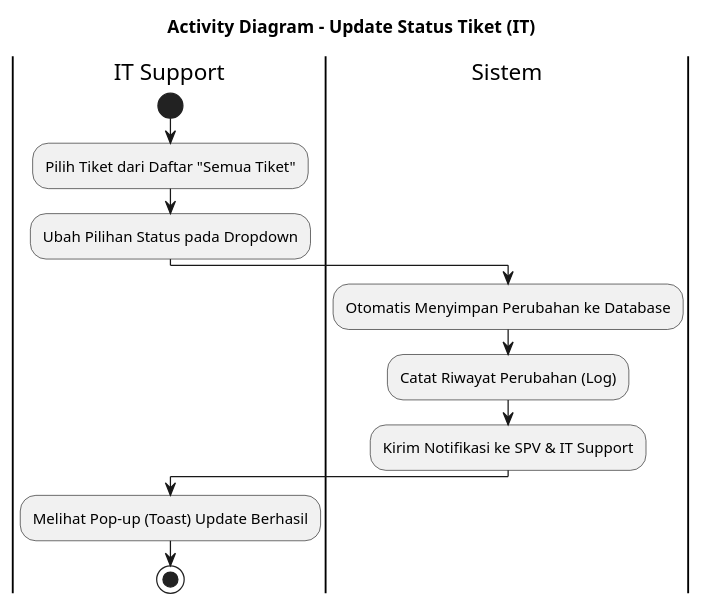
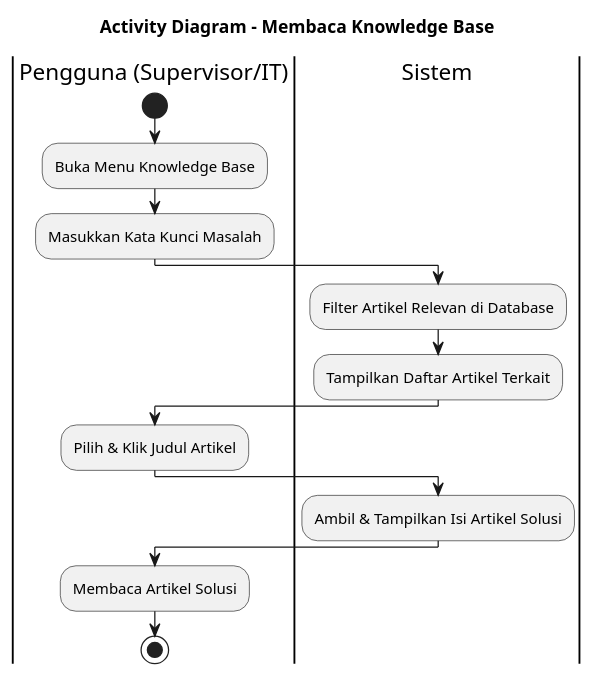
One commit to mrahmatfadila/bissmillah-skripsi-web changed the fifth of 14 diagrams in docs/activity-diagrams.puml. Above: the diagram before and after it, drawn with PlantUML. The commit also changed other lines of this file and 62 other files, not shown here.

Commit message:
Update database and seeds with real Terminal 2 & 3 supervisor data and sync other project files

```diff
--- a/docs/activity-diagrams.puml
+++ b/docs/activity-diagrams.puml
@@ -73,14 +83,17 @@
-@startuml activity_update_status
-title Activity Diagram - Update Status Tiket (IT)
-|IT Support|
+@startuml activity_membaca_kb
+title Activity Diagram - Membaca Knowledge Base
+|Pengguna (Supervisor/IT)|
 start
-:Pilih Tiket dari Daftar "Semua Tiket";
-:Ubah Pilihan Status pada Dropdown;
+:Buka Menu Knowledge Base;
+:Masukkan Kata Kunci Masalah;
 |Sistem|
-:Otomatis Menyimpan Perubahan ke Database;
-:Catat Riwayat Perubahan (Log);
-:Kirim Notifikasi ke SPV & IT Support;
-|IT Support|
-:Melihat Pop-up (Toast) Update Berhasil;
+:Filter Artikel Relevan di Database;
+:Tampilkan Daftar Artikel Terkait;
+|Pengguna (Supervisor/IT)|
+:Pilih & Klik Judul Artikel;
+|Sistem|
+:Ambil & Tampilkan Isi Artikel Solusi;
+|Pengguna (Supervisor/IT)|
+:Membaca Artikel Solusi;
 stop
 @enduml
```
